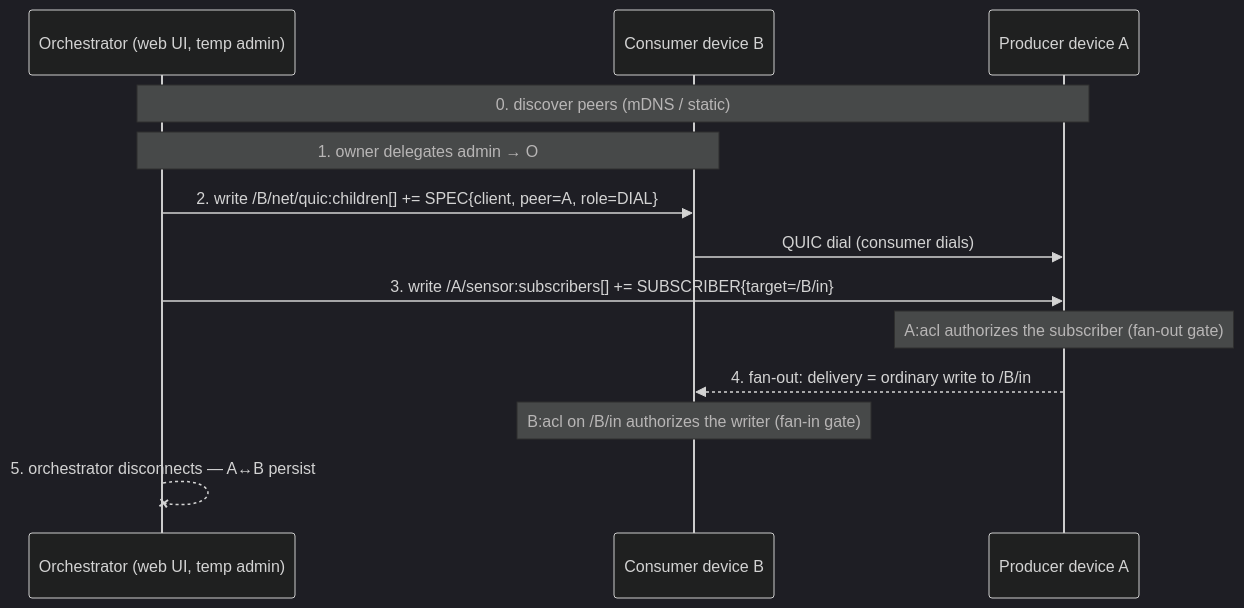
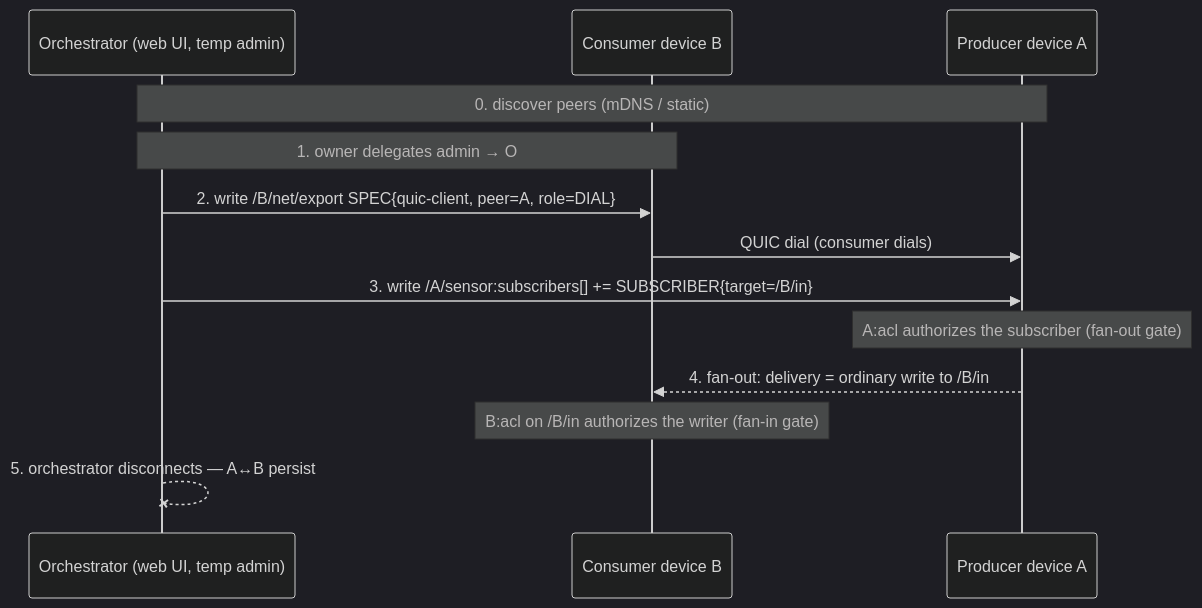
The diagram in docs/reference/13-network-formation.md (avatarsd-llc/libtracer), drawn with Mermaid (dark theme) before and after one commit. The commit also changed other lines of this file and 6 other files, not shown here.

````diff
--- a/docs/reference/13-network-formation.md
+++ b/docs/reference/13-network-formation.md
@@ -48,15 +48,15 @@
 ```{mermaid}
 sequenceDiagram
     participant O as Orchestrator (web UI, temp admin)
     participant B as Consumer device B
     participant A as Producer device A
     Note over O,A: 0. discover peers (mDNS / static)
     Note over O,B: 1. owner delegates admin → O
-    O->>B: 2. write /B/net/quic:children[] += SPEC{client, peer=A, role=DIAL}
+    O->>B: 2. write /B/net/export SPEC{quic-client, peer=A, role=DIAL}
     B->>A: QUIC dial (consumer dials)
     O->>A: 3. write /A/sensor:subscribers[] += SUBSCRIBER{target=/B/in}
     Note over A: A:acl authorizes the subscriber (fan-out gate)
     A-->>B: 4. fan-out: delivery = ordinary write to /B/in
     Note over B: B:acl on /B/in authorizes the writer (fan-in gate)
     O--xO: 5. orchestrator disconnects — A↔B persist
 ```
````
